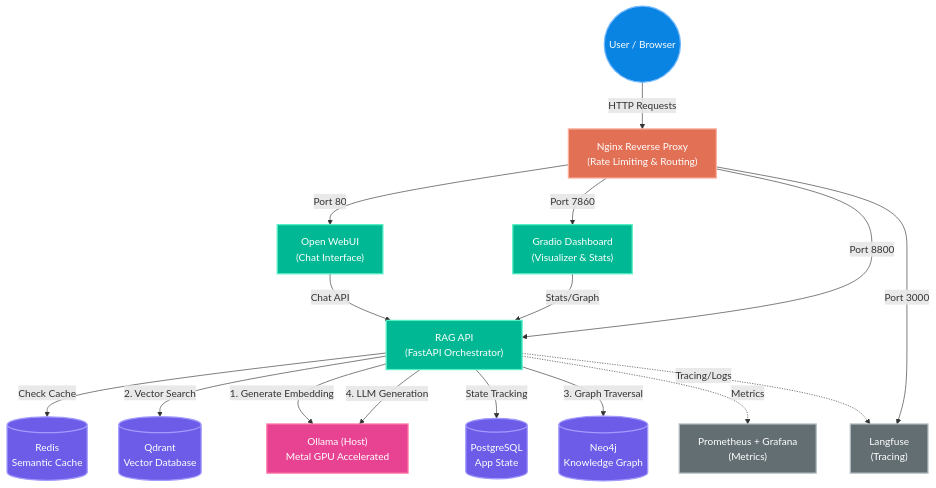
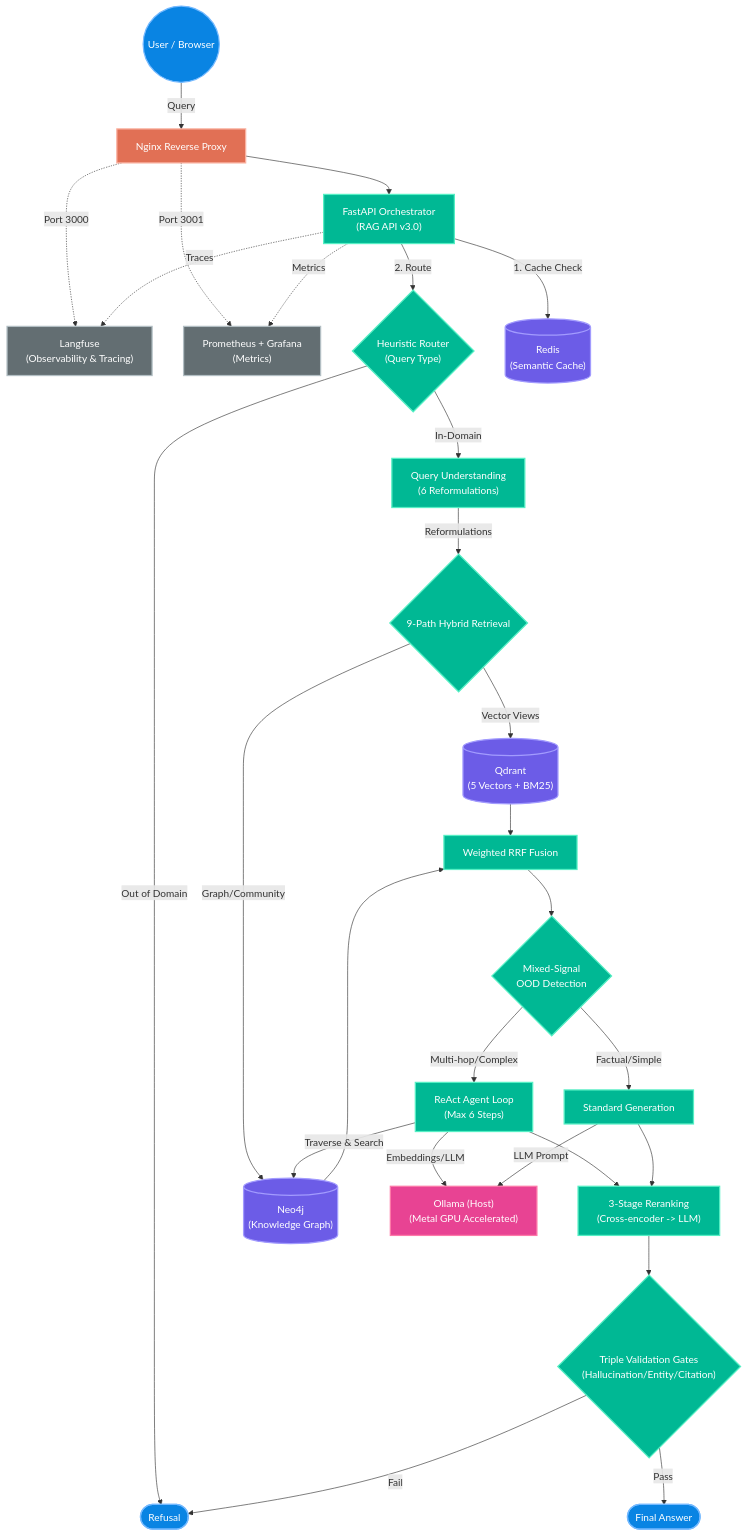
One commit to vudang4494/VRAG changed the diagram in README.md. Above: the diagram before and after it, drawn with Mermaid.

Commit message:
docs: update flowchart to show actual v3 pipeline with matching style

````diff
--- a/README.md
+++ b/README.md
@@ -23,54 +23,78 @@
 ```mermaid
 flowchart TD
     %% Nodes
     User((User / Browser))
+    Nginx["Nginx Reverse Proxy"]
+    Langfuse["Langfuse<br/>(Observability & Tracing)"]
+    Grafana["Prometheus + Grafana<br/>(Metrics)"]
     
-    Nginx["Nginx Reverse Proxy<br/>(Rate Limiting & Routing)"]
+    API["FastAPI Orchestrator<br/>(RAG API v3.0)"]
+    Router{"Heuristic Router<br/>(Query Type)"}
+    Understand["Query Understanding<br/>(6 Reformulations)"]
     
-    WebUI["Open WebUI<br/>(Chat Interface)"]
-    Gradio["Gradio Dashboard<br/>(Visualizer & Stats)"]
-    API["RAG API<br/>(FastAPI Orchestrator)"]
+    Retrieve{"9-Path Hybrid Retrieval"}
+    RRF["Weighted RRF Fusion"]
+    OOD{"Mixed-Signal<br/>OOD Detection"}
+    ReAct["ReAct Agent Loop<br/>(Max 6 Steps)"]
+    Standard["Standard Generation"]
+    Rerank["3-Stage Reranking<br/>(Cross-encoder -> LLM)"]
+    Validate{"Triple Validation Gates<br/>(Hallucination/Entity/Citation)"}
     
-    Redis[("Redis<br/>Semantic Cache")]
-    Qdrant[("Qdrant<br/>Vector Database")]
-    Ollama["Ollama (Host)<br/>Metal GPU Accelerated"]
-    Postgres[("PostgreSQL<br/>App State")]
-    Neo4j[("Neo4j<br/>Knowledge Graph")]
-    Prometheus["Prometheus + Grafana<br/>(Metrics)"]
-    Langfuse["Langfuse<br/>(Tracing)"]
+    Redis[("Redis<br/>(Semantic Cache)")]
+    Qdrant[("Qdrant<br/>(5 Vectors + BM25)")]
+    Neo4j[("Neo4j<br/>(Knowledge Graph)")]
+    Ollama["Ollama (Host)<br/>(Metal GPU Accelerated)"]
     
     %% Edges
-    User -- "HTTP Requests" --> Nginx
+    User -- "Query" --> Nginx
+    Nginx --> API
+    Nginx -. "Port 3000" .-> Langfuse
+    Nginx -. "Port 3001" .-> Grafana
     
-    Nginx -- "Port 80" --> WebUI
-    Nginx -- "Port 7860" --> Gradio
-    Nginx -- "Port 8800" --> API
-    Nginx -- "Port 3000" --> Langfuse
+    API -- "1. Cache Check" --> Redis
+    API -- "2. Route" --> Router
     
-    WebUI -- "Chat API" --> API
-    Gradio -- "Stats/Graph" --> API
+    Router -->|"In-Domain"| Understand
+    Router -->|"Out of Domain"| Reject(["Refusal"])
     
-    API -- "Check Cache" --> Redis
-    API -- "2. Vector Search" --> Qdrant
-    API -- "1. Generate Embedding" --> Ollama
-    API -- "4. LLM Generation" --> Ollama
-    API -- "State Tracking" --> Postgres
-    API -- "3. Graph Traversal" --> Neo4j
-    API -. "Metrics" .-> Prometheus
-    API -. "Tracing/Logs" .-> Langfuse
+    Understand -- "Reformulations" --> Retrieve
+    
+    Retrieve -- "Vector Views" --> Qdrant
+    Retrieve -- "Graph/Community" --> Neo4j
+    
+    Qdrant --> RRF
+    Neo4j --> RRF
+    RRF --> OOD
+    
+    OOD -->|"Multi-hop/Complex"| ReAct
+    OOD -->|"Factual/Simple"| Standard
+    
+    ReAct -- "Traverse & Search" --> Neo4j
+    ReAct -- "Embeddings/LLM" --> Ollama
+    Standard -- "LLM Prompt" --> Ollama
+    
+    ReAct --> Rerank
+    Standard --> Rerank
+    
+    Rerank --> Validate
+    Validate -->|"Pass"| Answer(["Final Answer"])
+    Validate -->|"Fail"| Reject
+    
+    API -. "Traces" .-> Langfuse
+    API -. "Metrics" .-> Grafana
     
     %% Styling
     classDef blue fill:#0984e3,stroke:#74b9ff,stroke-width:2px,color:#fff
     classDef orange fill:#e17055,stroke:#fab1a0,stroke-width:2px,color:#fff
     classDef green fill:#00b894,stroke:#55efc4,stroke-width:2px,color:#fff
     classDef purple fill:#6c5ce7,stroke:#a29bfe,stroke-width:2px,color:#fff
     classDef pink fill:#e84393,stroke:#fd79a8,stroke-width:2px,color:#fff
     classDef gray fill:#636e72,stroke:#b2bec3,stroke-width:2px,color:#fff
     
-    class User blue
+    class User,Answer,Reject blue
     class Nginx orange
-    class WebUI,Gradio,API green
-    class Redis,Qdrant,Postgres,Neo4j purple
+    class API,Router,Understand,Retrieve,RRF,OOD,ReAct,Standard,Rerank,Validate green
+    class Redis,Qdrant,Neo4j purple
     class Ollama pink
-    class Prometheus,Langfuse gray
+    class Langfuse,Grafana gray
 ```
````
